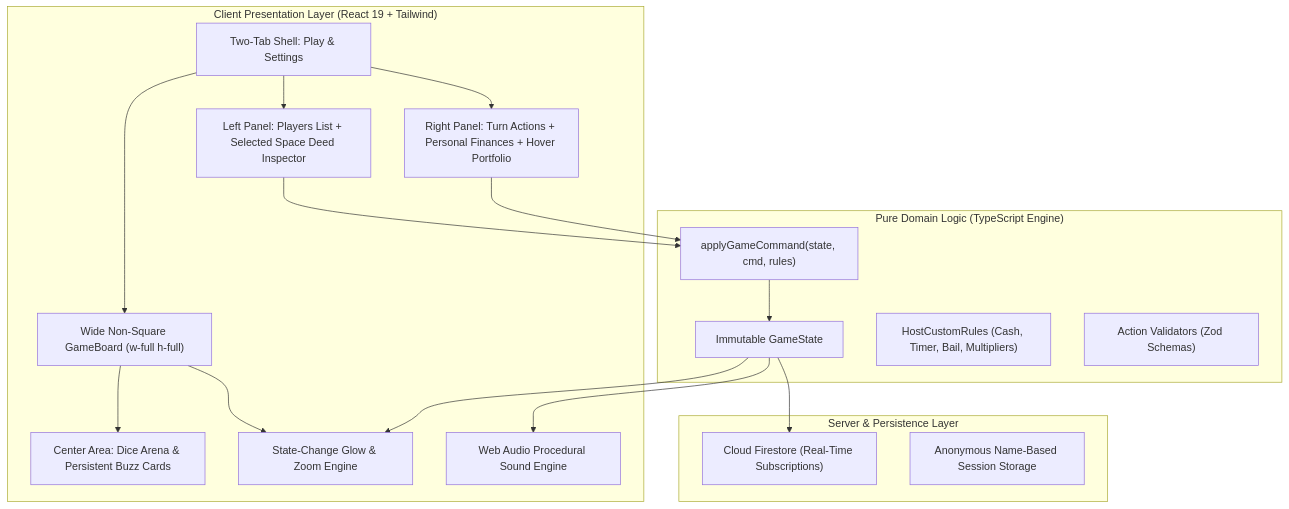
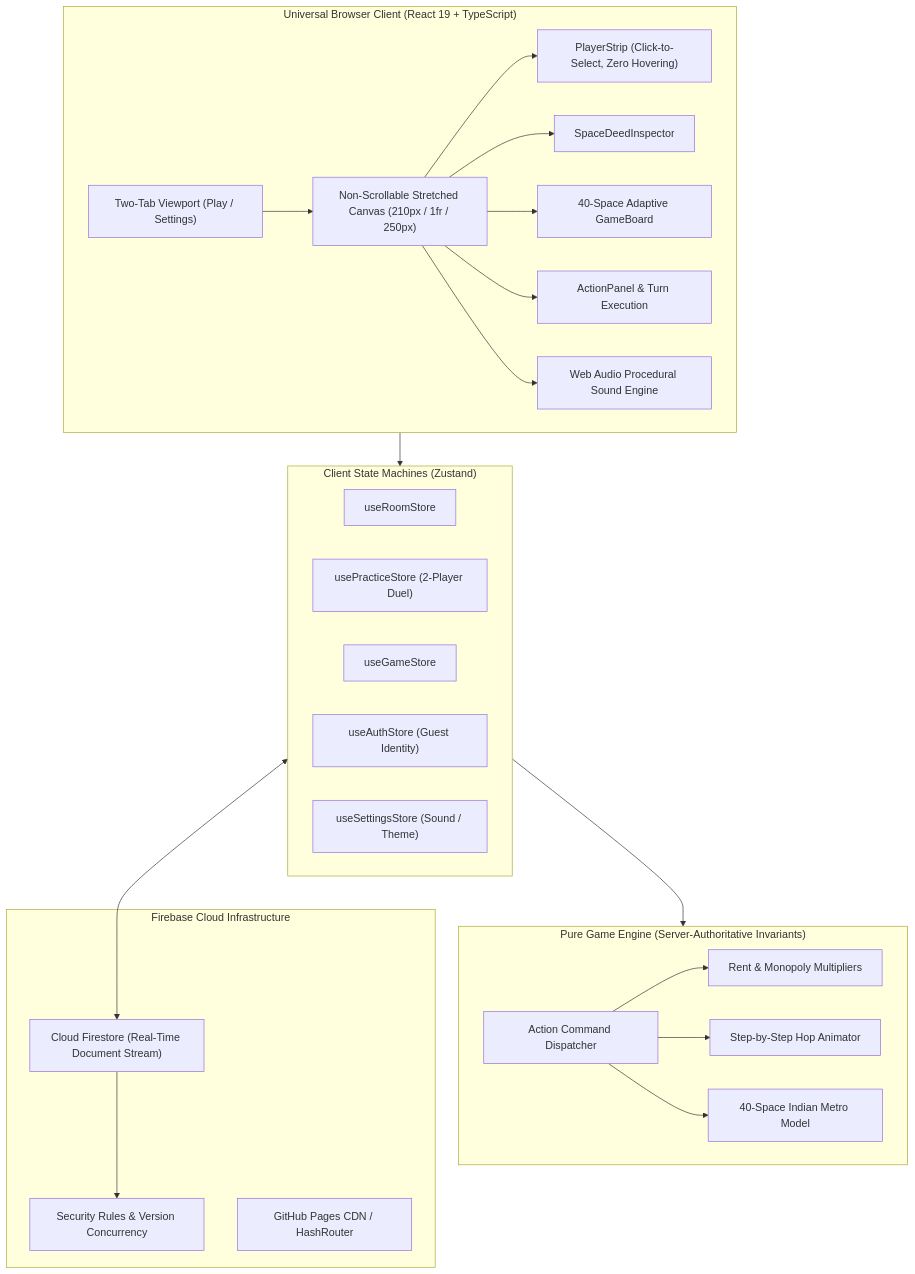
The diagram in README.md (K-692/Monopoly-India-Game), drawn with Mermaid before and after one commit. The commit also changed other lines of this file and 9 other files, not shown here.

Commit message:
feat: 2-player practice duel, maximum window-stretched board, click-to-select player inspection & enhanced cell typography

````diff
--- a/README.md
+++ b/README.md
@@ -99,36 +101,47 @@
 ```mermaid
 flowchart TD
-    subgraph Client ["Client Presentation Layer (React 19 + Tailwind)"]
-        UI["Two-Tab Shell: Play & Settings"]
-        LeftPanel["Left Panel: Players List + Selected Space Deed Inspector"]
-        Board["Wide Non-Square GameBoard (w-full h-full)"]
-        Center["Center Area: Dice Arena & Persistent Buzz Cards"]
-        RightPanel["Right Panel: Turn Actions + Personal Finances + Hover Portfolio"]
-        Glow["State-Change Glow & Zoom Engine"]
-        Sound["Web Audio Procedural Sound Engine"]
+    subgraph BrowserClient["Universal Browser Client (React 19 + TypeScript)"]
+        UI["Two-Tab Viewport (Play / Settings)"]
+        Canvas["Non-Scrollable Stretched Canvas (210px / 1fr / 250px)"]
+        Board["40-Space Adaptive GameBoard"]
+        PlayerPanel["PlayerStrip (Click-to-Select, Zero Hovering)"]
+        DeedInspector["SpaceDeedInspector"]
+        ActionControls["ActionPanel & Turn Execution"]
+        Audio["Web Audio Procedural Sound Engine"]
+        UI --> Canvas
+        Canvas --> PlayerPanel
+        Canvas --> DeedInspector
+        Canvas --> Board
+        Canvas --> ActionControls
+        Canvas --> Audio
     end
 
-    subgraph Domain ["Pure Domain Logic (TypeScript Engine)"]
-        State["Immutable GameState"]
-        Reducer["applyGameCommand(state, cmd, rules)"]
-        Rules["HostCustomRules (Cash, Timer, Bail, Multipliers)"]
-        Validation["Action Validators (Zod Schemas)"]
+    subgraph StateManagement["Client State Machines (Zustand)"]
+        RoomStore["useRoomStore"]
+        PracticeStore["usePracticeStore (2-Player Duel)"]
+        GameStore["useGameStore"]
+        AuthStore["useAuthStore (Guest Identity)"]
+        SettingsStore["useSettingsStore (Sound / Theme)"]
     end
 
-    subgraph Backend ["Server & Persistence Layer"]
-        Firestore["Cloud Firestore (Real-Time Subscriptions)"]
-        Auth["Anonymous Name-Based Session Storage"]
+    subgraph CoreEngine["Pure Game Engine (Server-Authoritative Invariants)"]
+        ActionValidator["Action Command Dispatcher"]
+        RentCalculator["Rent & Monopoly Multipliers"]
+        PawnWalking["Step-by-Step Hop Animator"]
+        BoardTopology["40-Space Indian Metro Model"]
+        ActionValidator --> RentCalculator
+        ActionValidator --> PawnWalking
+        ActionValidator --> BoardTopology
     end
 
-    UI --> LeftPanel
-    UI --> Board
-    UI --> RightPanel
-    Board --> Center
-    Board --> Glow
-    LeftPanel --> Reducer
-    RightPanel --> Reducer
-    Reducer --> State
-    State --> Glow
-    State --> Sound
-    State --> Firestore
+    subgraph CloudBackend["Firebase Cloud Infrastructure"]
+        Firestore["Cloud Firestore (Real-Time Document Stream)"]
+        SecurityRules["Security Rules & Version Concurrency"]
+        Hosting["GitHub Pages CDN / HashRouter"]
+    end
+
+    BrowserClient --> StateManagement
+    StateManagement --> CoreEngine
+    StateManagement <--> Firestore
+    Firestore --> SecurityRules
 ```
````
